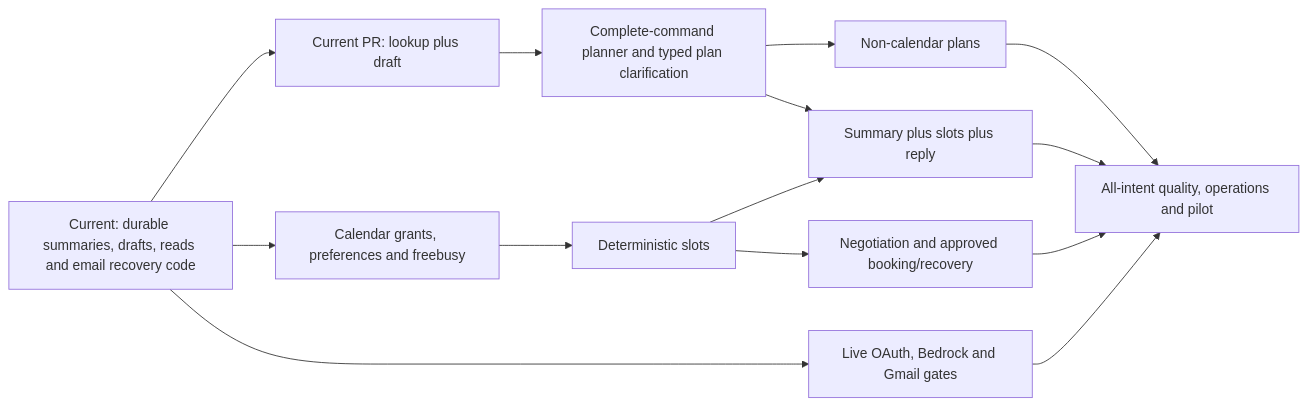
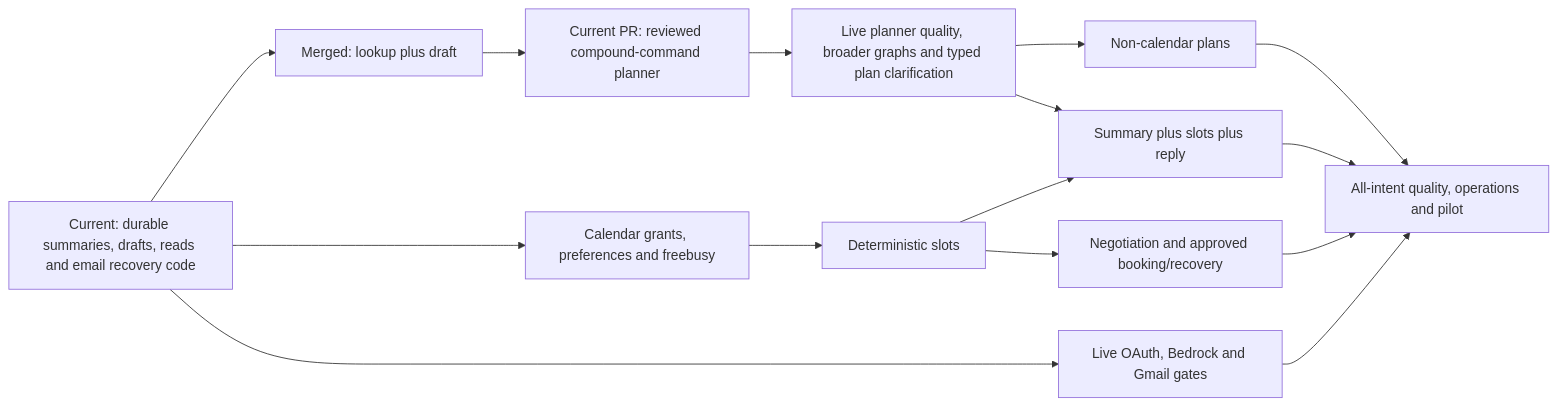
The diagram in docs/backend-progress.md (bhowmikdham/Threadly), drawn with Mermaid before and after one commit. The commit also changed other lines of this file and 20 other files, not shown here.

Commit message:
feat(assistant): review complete compound commands before dispatch

````diff
--- a/docs/backend-progress.md
+++ b/docs/backend-progress.md
@@ -97,16 +98,17 @@
 ```mermaid
 flowchart LR
-    A[Current: durable summaries, drafts, reads and email recovery code] --> B[Current PR: lookup plus draft]
-    B --> C[Complete-command planner and typed plan clarification]
+    A[Current: durable summaries, drafts, reads and email recovery code] --> B[Merged: lookup plus draft]
+    B --> P[Current PR: reviewed compound-command planner]
+    P --> C[Live planner quality, broader graphs and typed plan clarification]
     C --> D[Non-calendar plans]
     A --> E[Calendar grants, preferences and freebusy]
     E --> F[Deterministic slots]
     C --> G[Summary plus slots plus reply]
     F --> G
     F --> H[Negotiation and approved booking/recovery]
     A --> I[Live OAuth, Bedrock and Gmail gates]
     D --> J[All-intent quality, operations and pilot]
     G --> J
     H --> J
     I --> J
 ```
````
